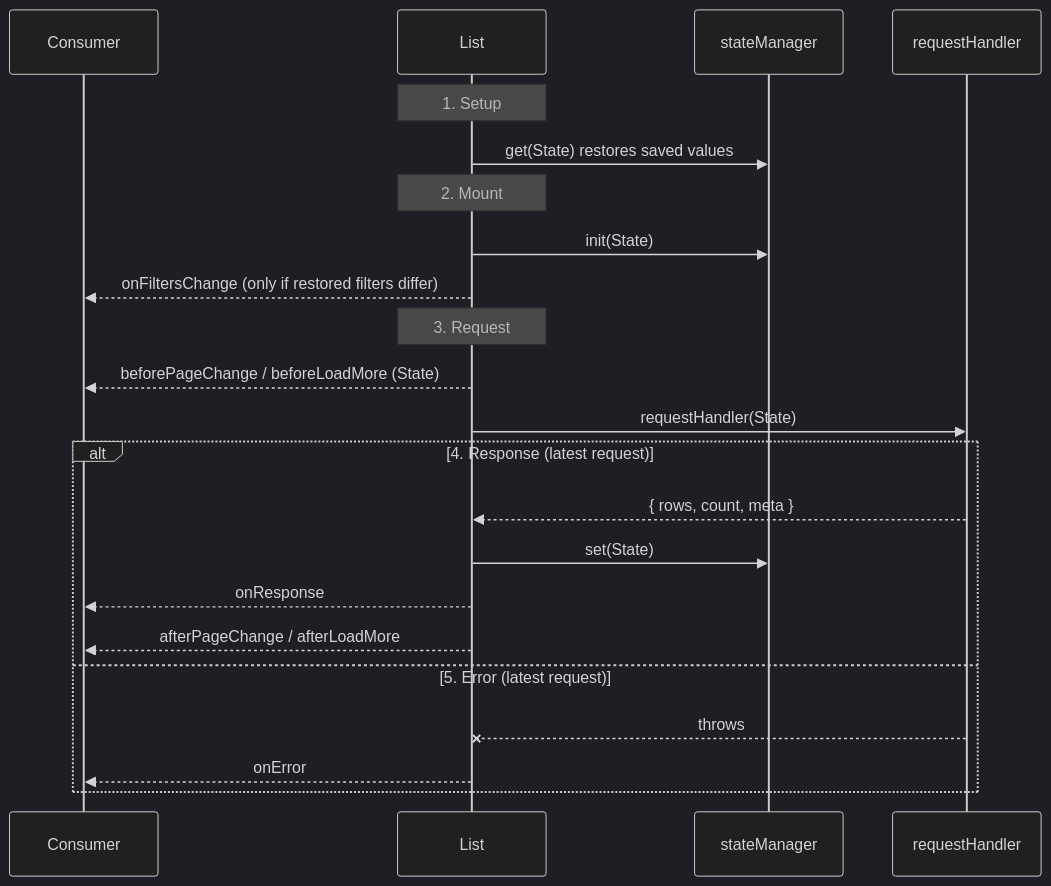
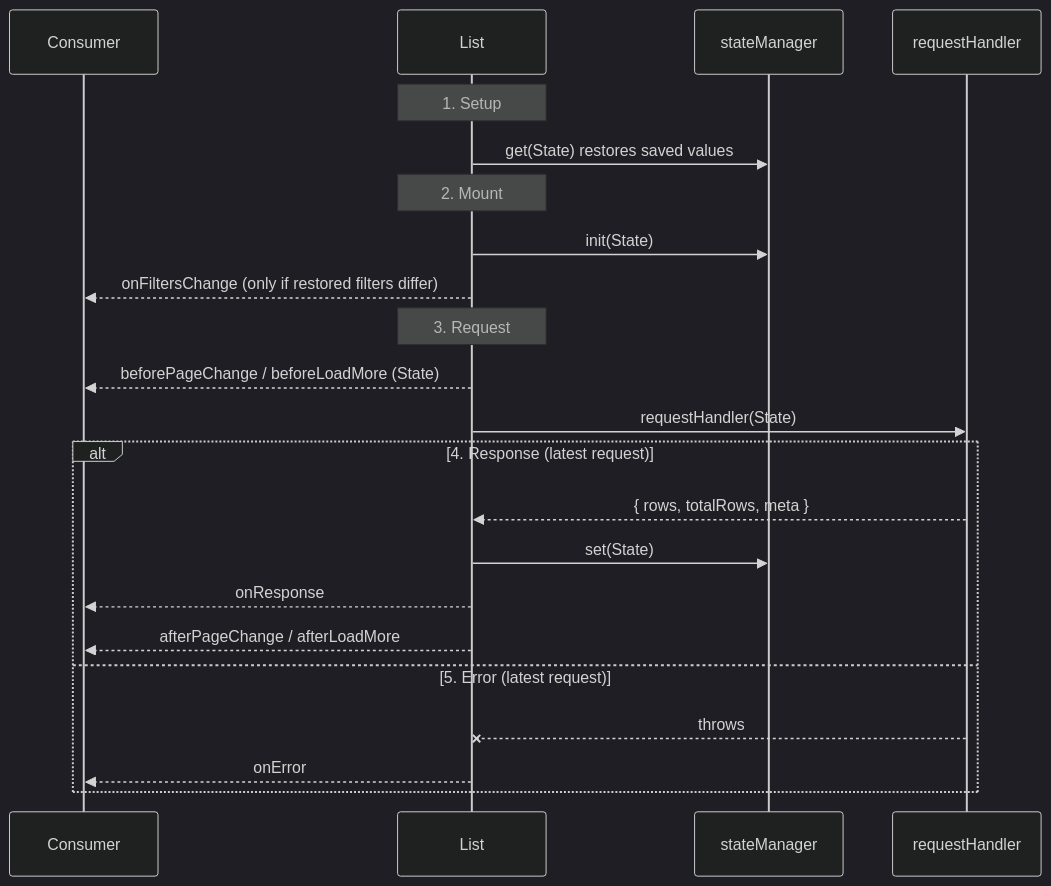
One commit to shilpdev/list changed the diagram in LIFECYCLE.md. Above: the diagram before and after it, drawn with Mermaid (dark theme). The commit also changed other lines of this file and 112 other files, not shown here.

````diff
--- a/LIFECYCLE.md
+++ b/LIFECYCLE.md
@@ -9,25 +9,25 @@
 ```mermaid
 sequenceDiagram
   participant App as Consumer
   participant List
   participant SM as stateManager
   participant RH as requestHandler
 
   Note over List: 1. Setup
   List->>SM: get(State) restores saved values
   Note over List: 2. Mount
   List->>SM: init(State)
   List-->>App: onFiltersChange (only if restored filters differ)
   Note over List: 3. Request
   List-->>App: beforePageChange / beforeLoadMore (State)
   List->>RH: requestHandler(State)
   alt 4. Response (latest request)
-    RH-->>List: { rows, count, meta }
+    RH-->>List: { rows, totalRows, meta }
     List->>SM: set(State)
     List-->>App: onResponse
     List-->>App: afterPageChange / afterLoadMore
   else 5. Error (latest request)
     RH--xList: throws
     List-->>App: onError
   end
 ```
````
